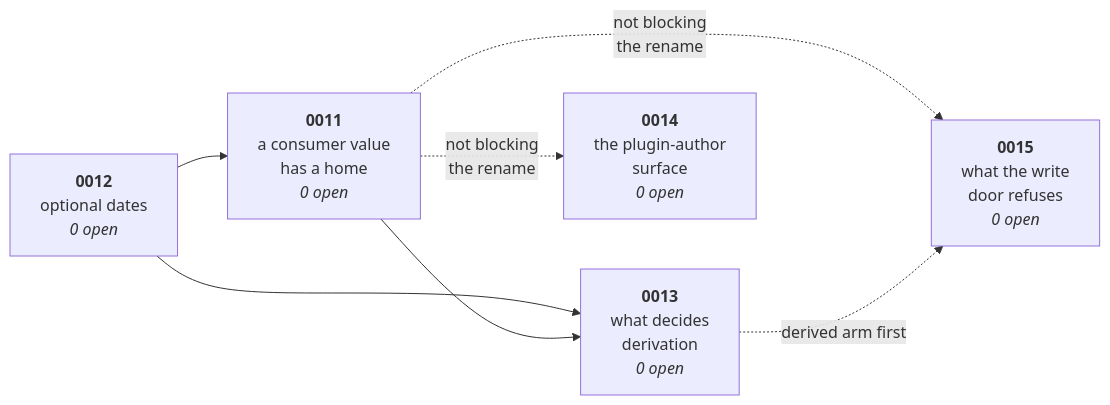
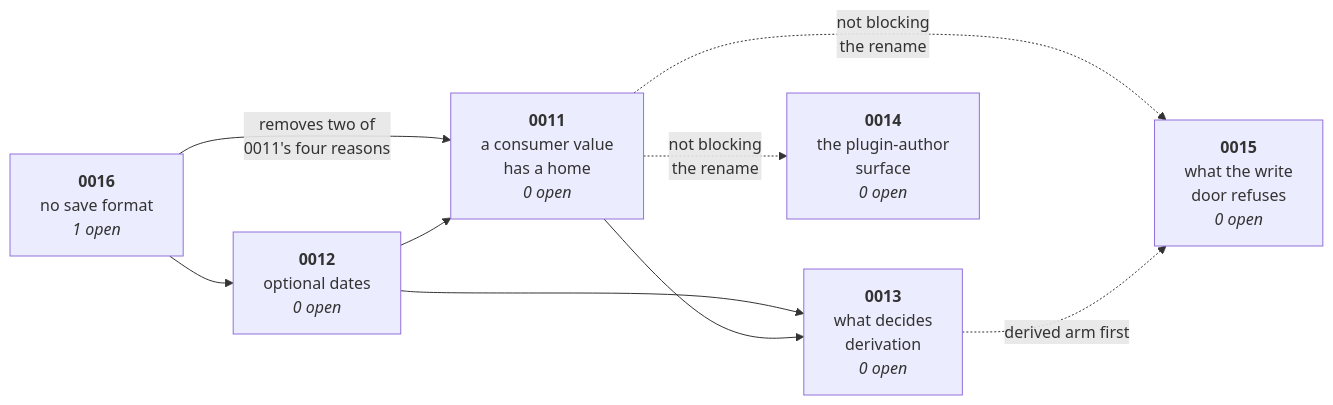
The diagram in plans/field-redesign/README.md (freegantt/freegantt), drawn with Mermaid before and after one commit. The commit also changed other lines of this file and 2 other files, not shown here.

````diff
--- a/plans/field-redesign/README.md
+++ b/plans/field-redesign/README.md
@@ -7,9 +7,11 @@
 ```mermaid
 flowchart LR
-  D["<b>0012</b><br/>optional dates<br/><i>0 open</i>"] --> P["<b>0011</b><br/>a consumer value<br/>has a home<br/><i>0 open</i>"]
+  S["<b>0016</b><br/>no save format<br/><i>1 open</i>"] --> D["<b>0012</b><br/>optional dates<br/><i>0 open</i>"]
+  S -->|"removes two of<br/>0011's four reasons"| P
+  D --> P["<b>0011</b><br/>a consumer value<br/>has a home<br/><i>0 open</i>"]
   D --> R["<b>0013</b><br/>what decides<br/>derivation<br/><i>0 open</i>"]
   P --> R
   P -.->|"not blocking<br/>the rename"| G["<b>0014</b><br/>the plugin-author<br/>surface<br/><i>0 open</i>"]
   P -.->|"not blocking<br/>the rename"| W["<b>0015</b><br/>what the write<br/>door refuses<br/><i>0 open</i>"]
   R -.->|"derived arm first"| W
 ```
````
